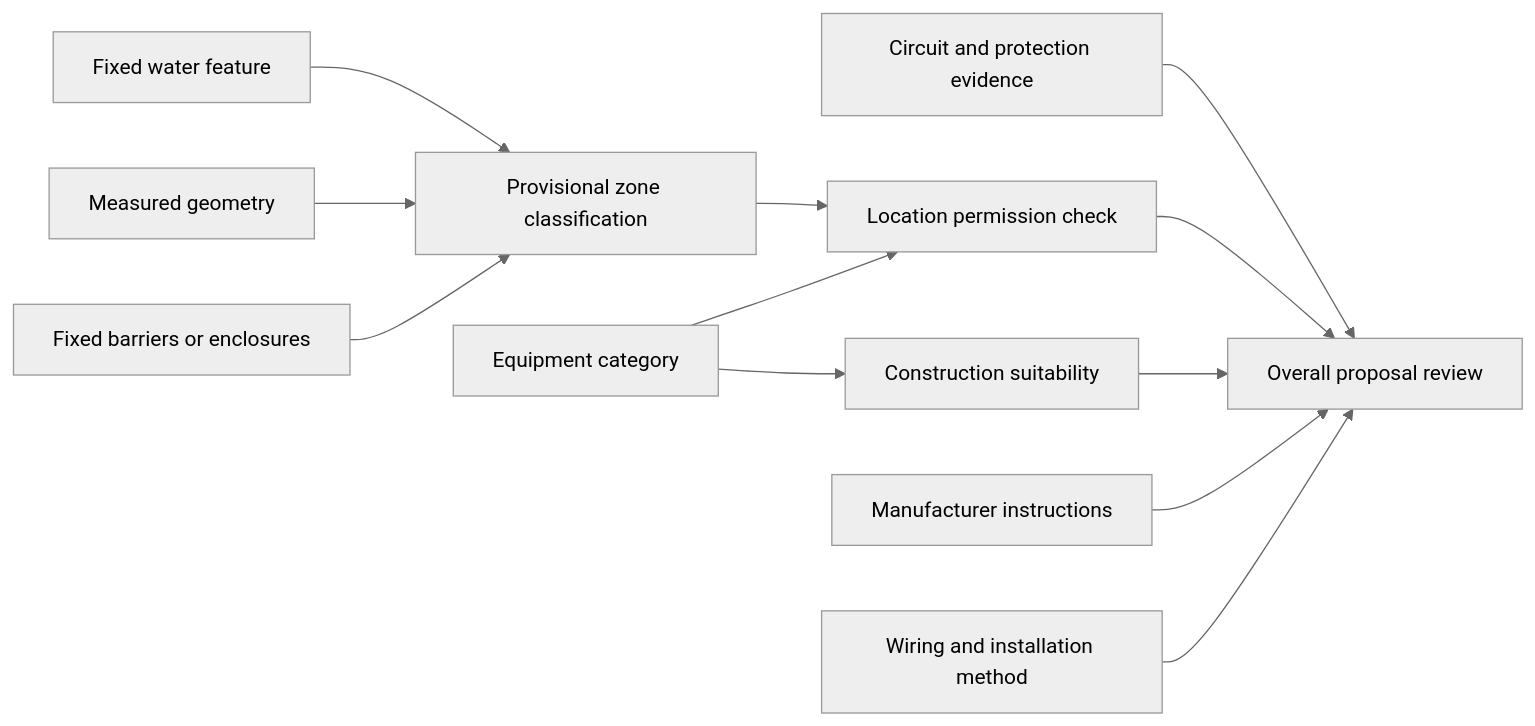
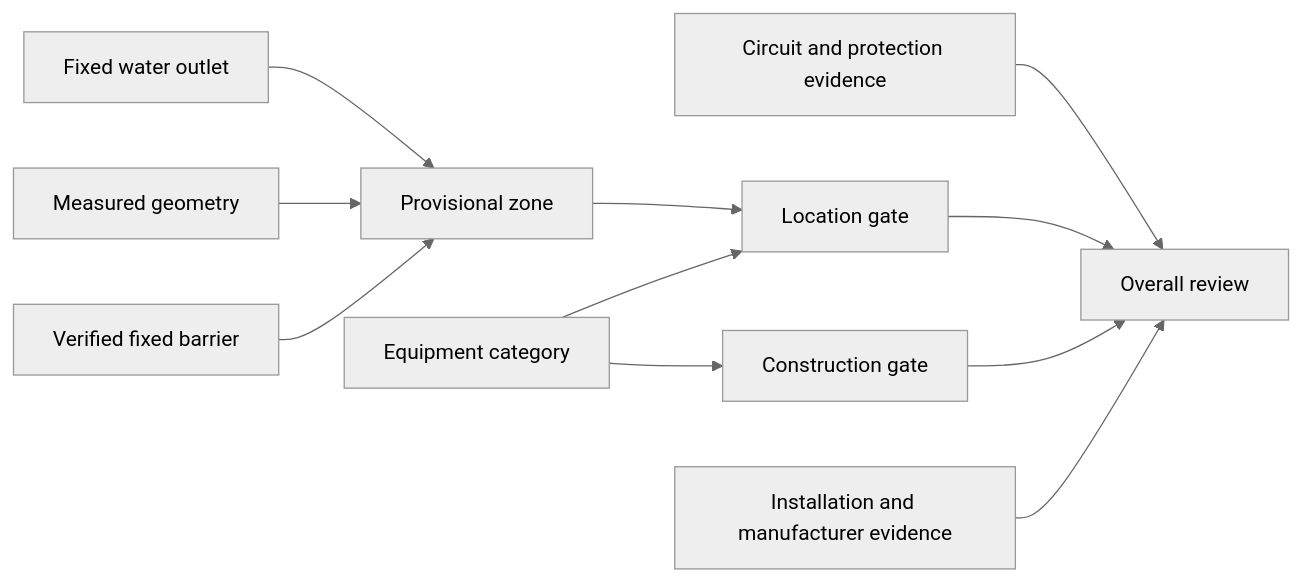
One commit to andrew3stedall/capstone changed the second of 2 diagrams in docs/learning-plans/4-week/modules/day-17-bathrooms-showers-and-other-wet-areas.md. Above: the diagram before and after it, drawn with Mermaid (neutral theme). The commit also changed other lines of this file, not shown here.

````diff
--- a/docs/learning-plans/4-week/modules/day-17-bathrooms-showers-and-other-wet-areas.md
+++ b/docs/learning-plans/4-week/modules/day-17-bathrooms-showers-and-other-wet-areas.md
@@ -148,14 +127,13 @@
 ```mermaid
 flowchart LR
-    W["Fixed water feature"] --> Z["Provisional zone classification"]
+    W["Fixed water outlet"] --> Z["Provisional zone"]
     G["Measured geometry"] --> Z
-    B["Fixed barriers or enclosures"] --> Z
-    Z --> L["Location permission check"]
+    B["Verified fixed barrier"] --> Z
+    Z --> L["Location gate"]
     E["Equipment category"] --> L
-    E --> C["Construction suitability"]
-    P["Circuit and protection evidence"] --> V["Overall proposal review"]
+    E --> C["Construction gate"]
+    P["Circuit and protection evidence"] --> V["Overall review"]
     L --> V
     C --> V
-    M["Manufacturer instructions"] --> V
-    I["Wiring and installation method"] --> V
+    I["Installation and manufacturer evidence"] --> V
 ```
````
